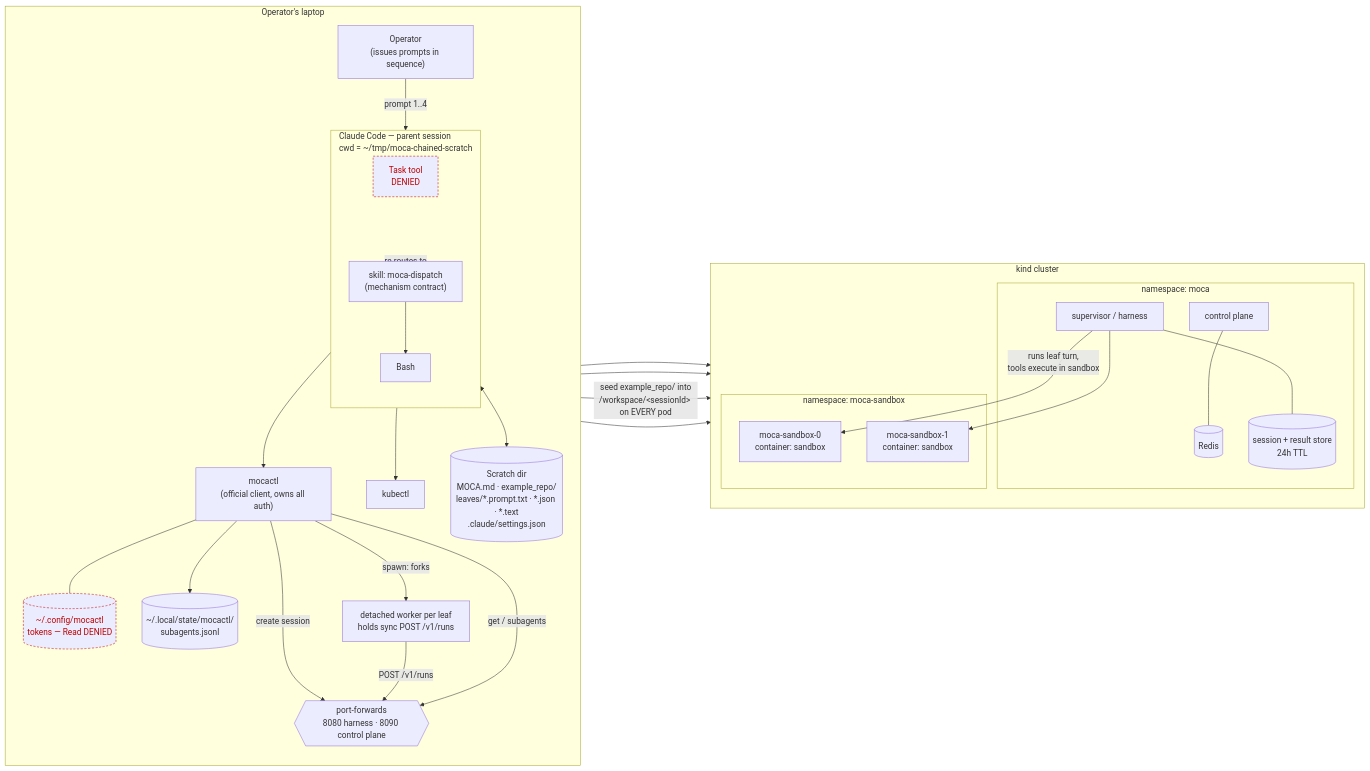
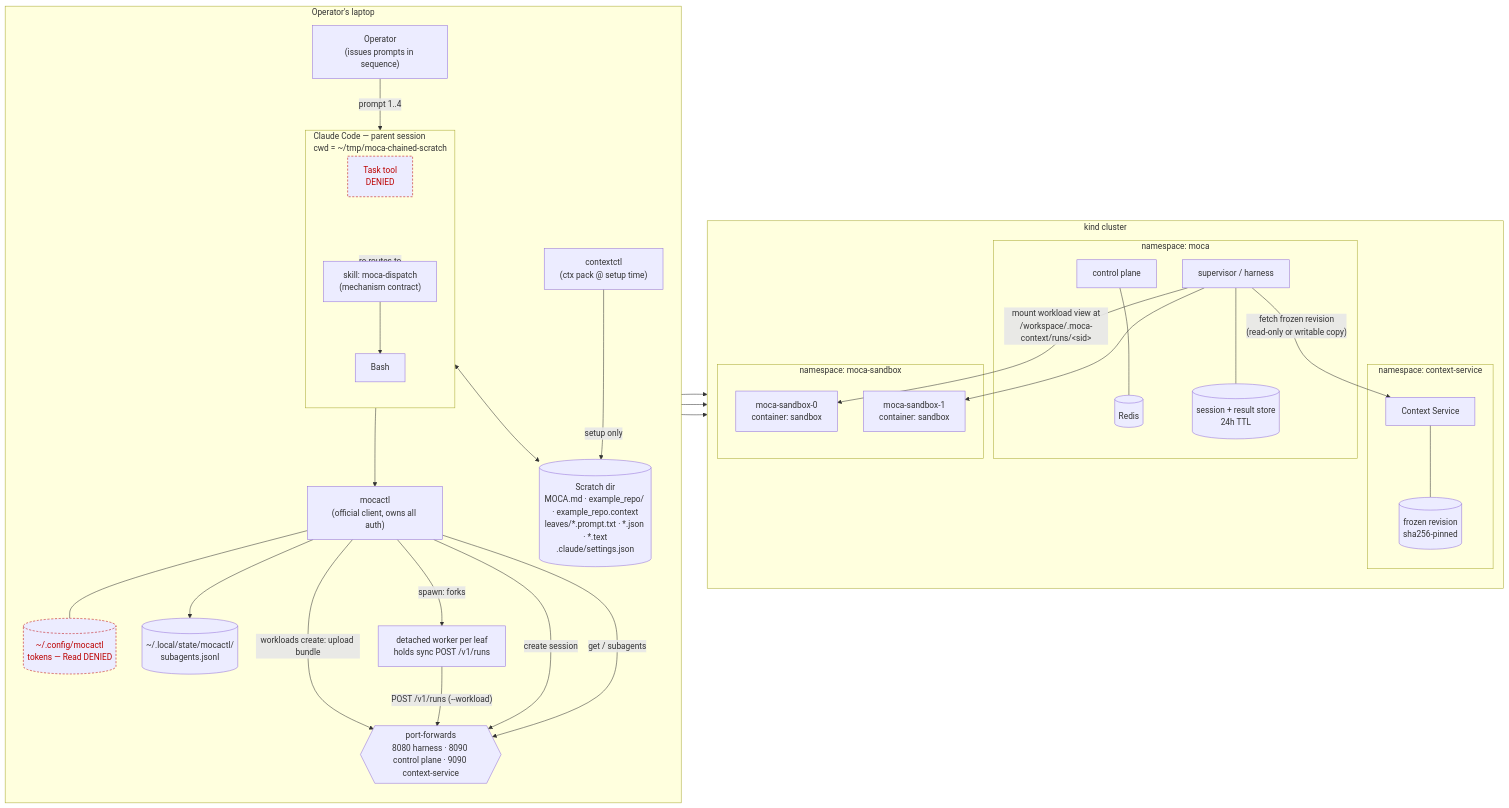
One commit to maia-iyer/kagenti-demos changed the first of 2 diagrams in sandboxing/moca_chained_subagents/ARCHITECTURE.md. Above: the diagram before and after it, drawn with Mermaid. The commit also changed other lines of this file and 5 other files, not shown here.

````diff
--- a/sandboxing/moca_chained_subagents/ARCHITECTURE.md
+++ b/sandboxing/moca_chained_subagents/ARCHITECTURE.md
@@ -9,57 +10,63 @@
 ```mermaid
 flowchart LR
   subgraph laptop["Operator's laptop"]
     direction TB
     OP["Operator<br/>(issues prompts in sequence)"]
     subgraph cc["Claude Code — parent session<br/>cwd = ~/tmp/moca-chained-scratch"]
       direction TB
       TASK["Task tool<br/>DENIED"]:::denied
       SKILL["skill: moca-dispatch<br/>(mechanism contract)"]
       BASH["Bash"]
     end
-    SCRATCH[("Scratch dir<br/>MOCA.md · example_repo/<br/>leaves/*.prompt.txt · *.json · *.text<br/>.claude/settings.json")]
+    SCRATCH[("Scratch dir<br/>MOCA.md · example_repo/ · example_repo.context<br/>leaves/*.prompt.txt · *.json · *.text<br/>.claude/settings.json")]
     MOCACTL["mocactl<br/>(official client, owns all auth)"]
+    CTXCTL["contextctl<br/>(ctx pack @ setup time)"]
     LEDGER[("~/.local/state/mocactl/<br/>subagents.jsonl")]
     WORKER["detached worker per leaf<br/>holds sync POST /v1/runs"]
     AUTH[("~/.config/mocactl<br/>tokens — Read DENIED")]:::denied
-    KUBECTL["kubectl"]
-    PF{{"port-forwards<br/>8080 harness · 8090 control plane"}}
+    PF{{"port-forwards<br/>8080 harness · 8090 control plane · 9090 context-service"}}
   end
 
   subgraph cluster["kind cluster"]
     direction TB
     subgraph nsmoca["namespace: moca"]
       CP["control plane"]
       SUP["supervisor / harness"]
       REDIS[("Redis")]
       RESULTS[("session + result store<br/>24h TTL")]
+    end
+    subgraph nsctx["namespace: context-service"]
+      CS["Context Service"]
+      REV[("frozen revision<br/>sha256-pinned")]
     end
     subgraph nssb["namespace: moca-sandbox"]
       POD0["moca-sandbox-0<br/>container: sandbox"]
       POD1["moca-sandbox-1<br/>container: sandbox"]
     end
   end
 
   OP -->|"prompt 1..4"| cc
   cc -.->|"re-routes to"| SKILL
   SKILL --> BASH
   BASH --> MOCACTL
-  BASH --> KUBECTL
+  CTXCTL -->|"setup only"| SCRATCH
   cc <--> SCRATCH
   MOCACTL --- AUTH
   MOCACTL --> LEDGER
+  MOCACTL -->|"workloads create: upload bundle"| PF
   MOCACTL -->|"spawn: forks"| WORKER
   MOCACTL -->|"create session"| PF
-  WORKER -->|"POST /v1/runs"| PF
+  WORKER -->|"POST /v1/runs (--workload)"| PF
   MOCACTL -->|"get / subagents"| PF
   PF --> CP
   PF --> SUP
+  PF --> CS
   CP --- REDIS
   SUP --- RESULTS
-  SUP -->|"runs leaf turn,<br/>tools execute in sandbox"| POD0
+  CS --- REV
+  SUP -->|"fetch frozen revision<br/>(read-only or writable copy)"| CS
+  SUP -->|"mount workload view at<br/>/workspace/.moca-context/runs/&lt;sid&gt;"| POD0
   SUP --> POD1
-  KUBECTL -->|"seed example_repo/ into<br/>/workspace/&lt;sessionId&gt; on EVERY pod"| POD0
-  KUBECTL --> POD1
 
   classDef denied stroke-dasharray: 4 3,color:#b00,stroke:#b00
 ```
````
